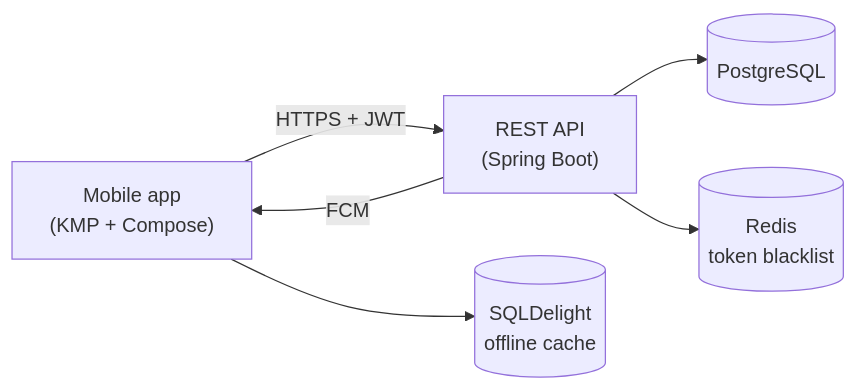
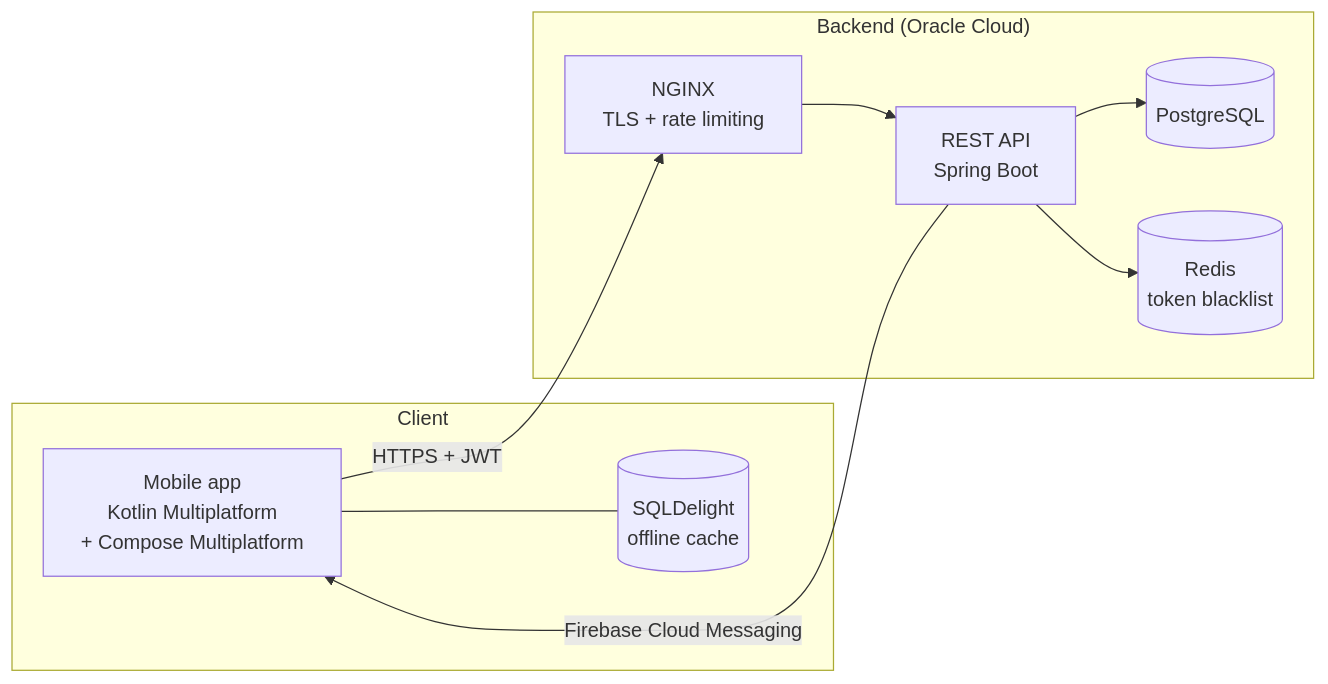
Before and after one commit to DatePlanApplication/.github: the diagram in profile/README.md, drawn with Mermaid. The commit also changed other lines of this file, not shown here.

````diff
--- a/profile/README.md
+++ b/profile/README.md
@@ -32,8 +53,18 @@
 ```mermaid
 flowchart LR
-    App["Mobile app<br/>(KMP + Compose)"] -->|HTTPS + JWT| API["REST API<br/>(Spring Boot)"]
-    API --> DB[("PostgreSQL")]
-    API --> Redis[("Redis<br/>token blacklist")]
-    API -->|FCM| App
-    App --> Local[("SQLDelight<br/>offline cache")]
+    subgraph Client
+      App["Mobile app<br/>Kotlin Multiplatform<br/>+ Compose Multiplatform"]
+      Local[("SQLDelight<br/>offline cache")]
+      App --- Local
+    end
+    subgraph Backend["Backend (Oracle Cloud)"]
+      NGINX["NGINX<br/>TLS + rate limiting"]
+      API["REST API<br/>Spring Boot"]
+      DB[("PostgreSQL")]
+      Redis[("Redis<br/>token blacklist")]
+    end
+    App -->|HTTPS + JWT| NGINX --> API
+    API --> DB
+    API --> Redis
+    API -->|Firebase Cloud Messaging| App
 ```
````
